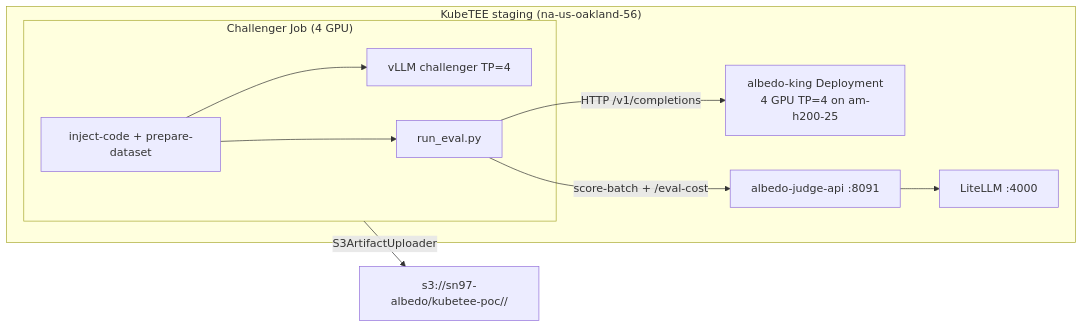
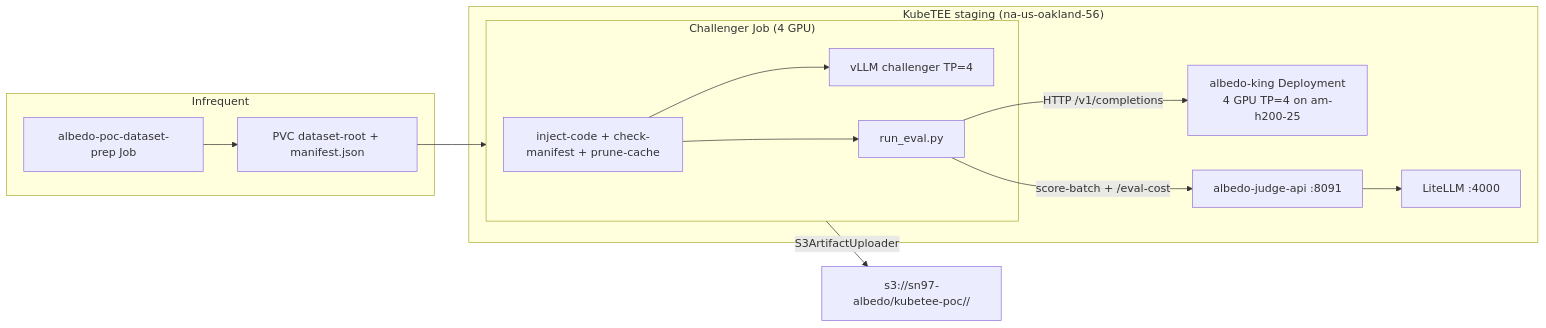
The diagram in kubetee/PLAN.md (unarbos/albedo), drawn with Mermaid before and after one commit. The commit also changed other lines of this file and 21 other files, not shown here.

````diff
--- a/kubetee/PLAN.md
+++ b/kubetee/PLAN.md
@@ -28,19 +31,25 @@
 ```mermaid
 graph LR
+  subgraph once [Infrequent]
+    Prep["albedo-poc-dataset-prep Job"]
+    PVC["PVC dataset-root + manifest.json"]
+    Prep --> PVC
+  end
   subgraph KubeTEE["KubeTEE staging (na-us-oakland-56)"]
     King["albedo-king Deployment
 4 GPU TP=4 on am-h200-25"]
     subgraph EvalPod["Challenger Job (4 GPU)"]
-      Init["inject-code + prepare-dataset"]
+      Init["inject-code + check-manifest + prune-cache"]
       VChal["vLLM challenger TP=4"]
       Worker["run_eval.py"]
       Init --> VChal & Worker
     end
+    PVC --> EvalPod
     Worker -->|"HTTP /v1/completions"| King
     Judge["albedo-judge-api :8091"]
     Worker -->|"score-batch + /eval-cost"| Judge
     LiteLLM["LiteLLM :4000"]
     Judge --> LiteLLM
   end
   EvalPod -- "S3ArtifactUploader" --> S3["s3://sn97-albedo/kubetee-poc/<run_id>/"]
 ```
````
